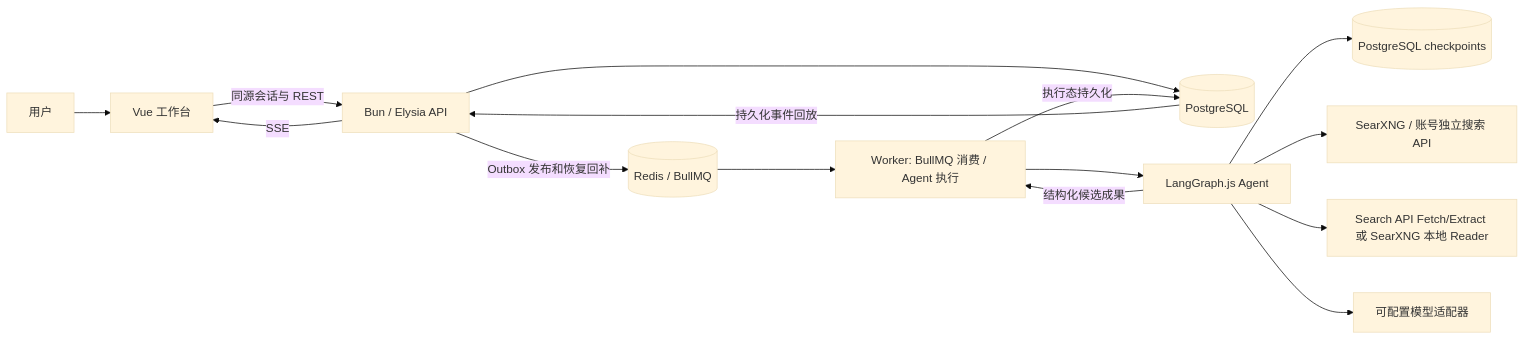
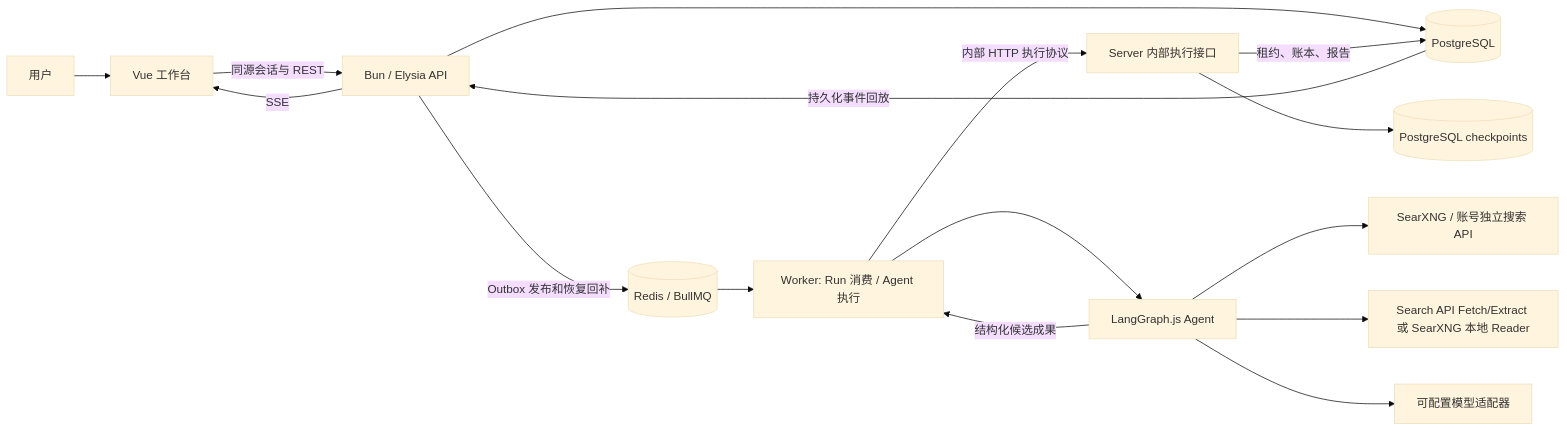
One commit to abcde1239/scova changed the first of 3 diagrams in docs/public/reference/architecture.md. Above: the diagram before and after it, drawn with Mermaid (base theme). The commit also changed other lines of this file and 223 other files, not shown here.

````diff
--- a/docs/public/reference/architecture.md
+++ b/docs/public/reference/architecture.md
@@ -11,17 +11,18 @@
 ```mermaid
 flowchart LR
   User[用户] --> Web[Vue 工作台]
   Web -->|同源会话与 REST| API[Bun / Elysia API]
   API --> PG[(PostgreSQL)]
   PG -->|持久化事件回放| API
   API -->|SSE| Web
   API -->|Outbox 发布和恢复回补| Queue[(Redis / BullMQ)]
-  Queue --> Worker[Worker: BullMQ 消费 / Agent 执行]
-  Worker -->|执行态持久化| PG
+  Queue --> Worker[Worker: Run 消费 / Agent 执行]
+  Worker -->|内部 HTTP 执行协议| Exec[Server 内部执行接口]
+  Exec -->|租约、账本、报告| PG
   Worker --> Graph[LangGraph.js Agent]
-  Graph --> CP[(PostgreSQL checkpoints)]
+  Exec --> CP[(PostgreSQL checkpoints)]
   Graph --> Search[SearXNG / 账号独立搜索 API]
   Graph --> Reader[Search API Fetch/Extract 或 SearXNG 本地 Reader]
   Graph --> Model[可配置模型适配器]
   Graph -->|结构化候选成果| Worker
 ```
````
